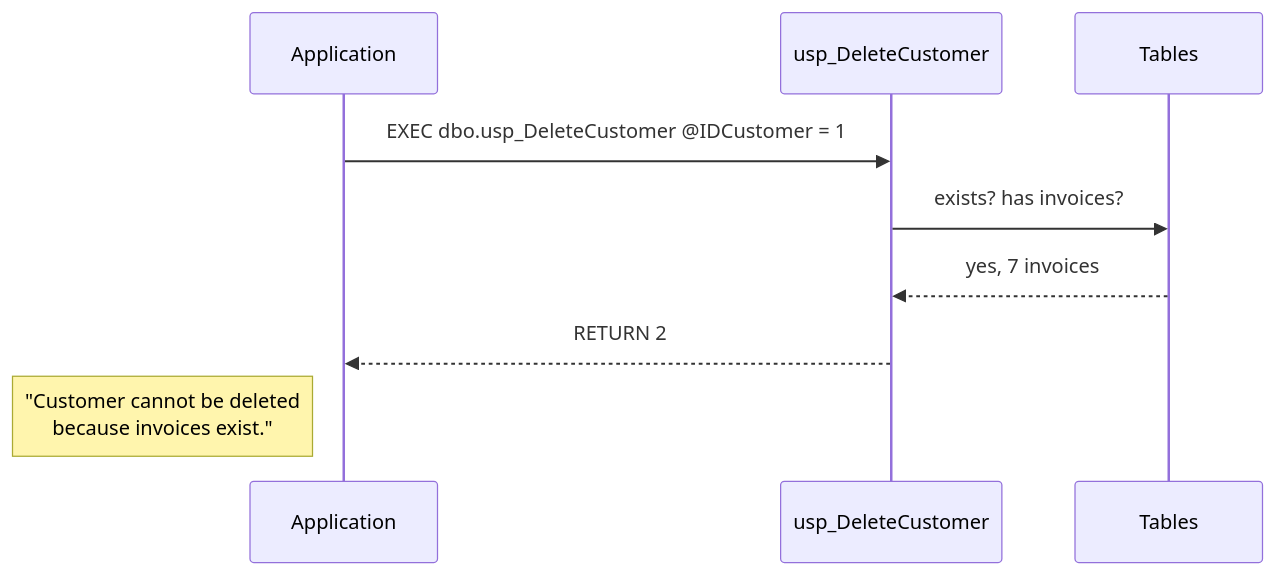
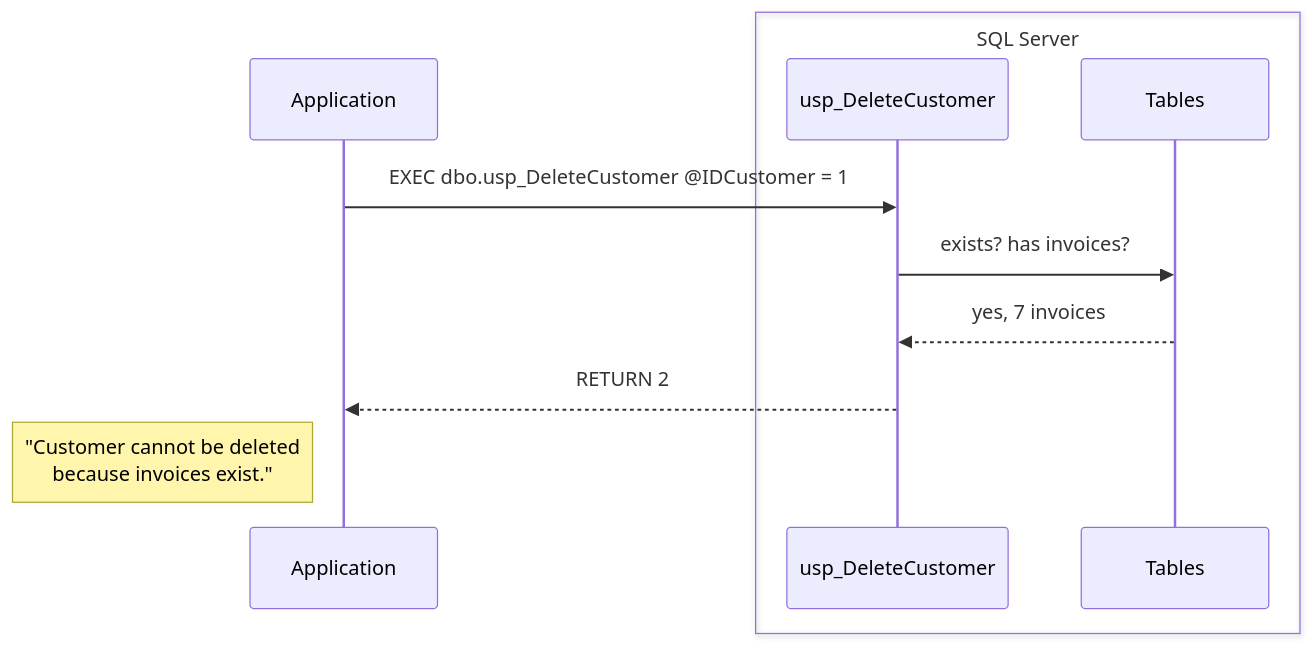
Before and after one commit to tjovic/database-design-labs-public: the second of 4 diagrams in labs/lab07-crud-operations.md, drawn with Mermaid. The commit also changed other lines of this file, not shown here.

````diff
--- a/labs/lab07-crud-operations.md
+++ b/labs/lab07-crud-operations.md
@@ -109,11 +111,13 @@
 ```mermaid
 sequenceDiagram
     participant A as Application
-    participant P as usp_DeleteCustomer
-    participant T as Tables
+    box SQL Server
+        participant P as usp_DeleteCustomer
+        participant T as Tables
+    end
     A->>P: EXEC dbo.usp_DeleteCustomer @IDCustomer = 1
     P->>T: exists? has invoices?
     T-->>P: yes, 7 invoices
     P-->>A: RETURN 2
     Note left of A: "Customer cannot be deleted<br/>because invoices exist."
 ```
````
